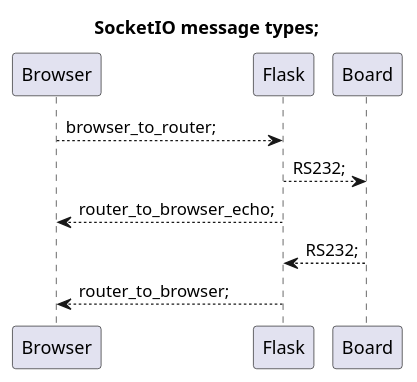
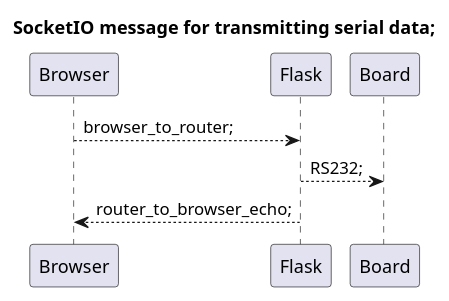
One commit to tekkies/OTMakeSupport changed the first of 2 diagrams in pi_rev11_web_console/README.md. Above: the diagram before and after it, drawn with PlantUML. The commit also changed other lines of this file, not shown here.

First line of the commit message:
Diagram: split transmitting from receiving

```diff
--- a/pi_rev11_web_console/README.md
+++ b/pi_rev11_web_console/README.md
@@ -16,8 +16,6 @@
   @startuml;
-  title SocketIO message types;
+  title SocketIO message for transmitting serial data;
   Browser --> Flask: browser_to_router;
   Flask --> Board: RS232;
   Flask --> Browser: router_to_browser_echo;
-  Board --> Flask: RS232;
-  Flask --> Browser: router_to_browser;
   @enduml
```
